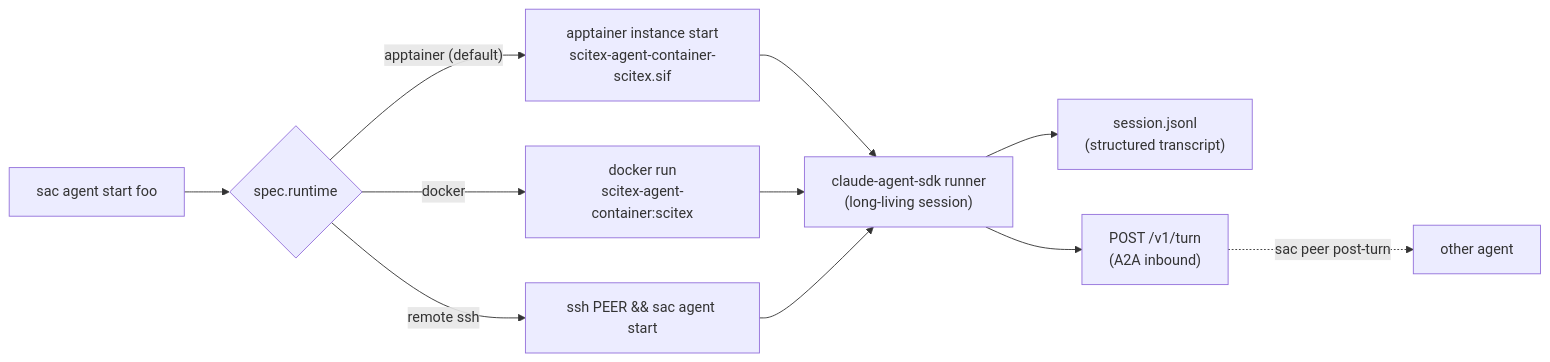
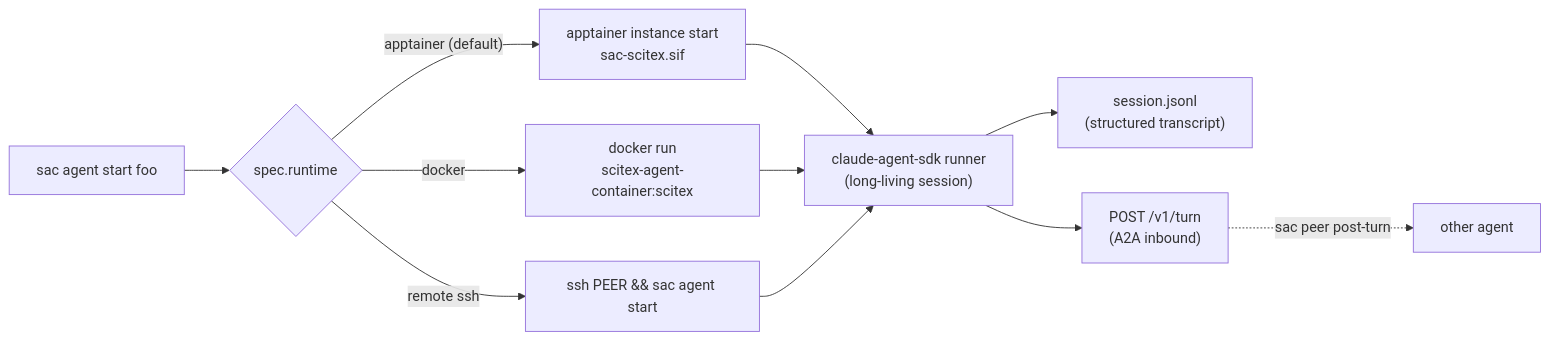
Before and after one commit to scitex-ai/scitex-agent-container: the diagram in README.md, drawn with Mermaid. The commit also changed other lines of this file and 3 other files, not shown here.

First line of the commit message:
feat(image): delegate sac image build to scitex-container's canonical builder

````diff
--- a/README.md
+++ b/README.md
@@ -196,11 +242,11 @@
 ```mermaid
 flowchart LR
     A["sac agent start foo"] --> B{spec.runtime}
-    B -- "apptainer (default)" --> C["apptainer instance start<br/>scitex-agent-container-scitex.sif"]
+    B -- "apptainer (default)" --> C["apptainer instance start<br/>sac-scitex.sif"]
     B -- "docker" --> D["docker run<br/>scitex-agent-container:scitex"]
     B -- "remote ssh" --> E["ssh PEER &amp;&amp; sac agent start"]
     C & D & E --> F["claude-agent-sdk runner<br/>(long-living session)"]
     F --> G["session.jsonl<br/>(structured transcript)"]
     F --> H["POST /v1/turn<br/>(A2A inbound)"]
     H -. "sac peer post-turn" .-> I["other agent"]
 ```
````
